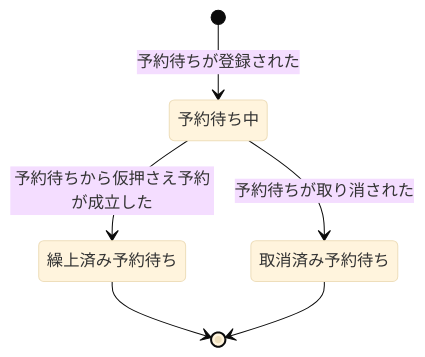
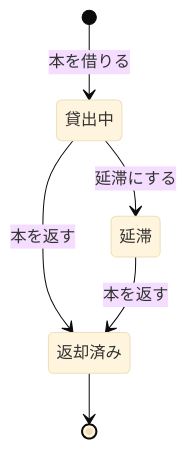
The diagram in plugins/write-doc/skills/write-doc/assets/examples/domain-rule.example.md (nakamori-naoya/write-doc-plugins), drawn with Mermaid (base theme) before and after one commit. The commit also changed other lines of this file and 1 other file, not shown here.

First line of the commit message:
feat(domain-rule): 業務知識の型を見出しと文章にし、見本を図書館の貸出にする（R2-01, 02, 04）

````diff
--- a/plugins/write-doc/skills/write-doc/assets/examples/domain-rule.example.md
+++ b/plugins/write-doc/skills/write-doc/assets/examples/domain-rule.example.md
@@ -150,8 +108,8 @@
 ```mermaid
 stateDiagram-v2
-    [*] --> 予約待ち中: 予約待ちが登録された
-    予約待ち中 --> 繰上済み予約待ち: 予約待ちから仮押さえ予約が成立した
-    予約待ち中 --> 取消済み予約待ち: 予約待ちが取り消された
-    繰上済み予約待ち --> [*]
-    取消済み予約待ち --> [*]
+    [*] --> 貸出中: 本を借りる
+    貸出中 --> 延滞: 延滞にする
+    貸出中 --> 返却済み: 本を返す
+    延滞 --> 返却済み: 本を返す
+    返却済み --> [*]
 ```
````
